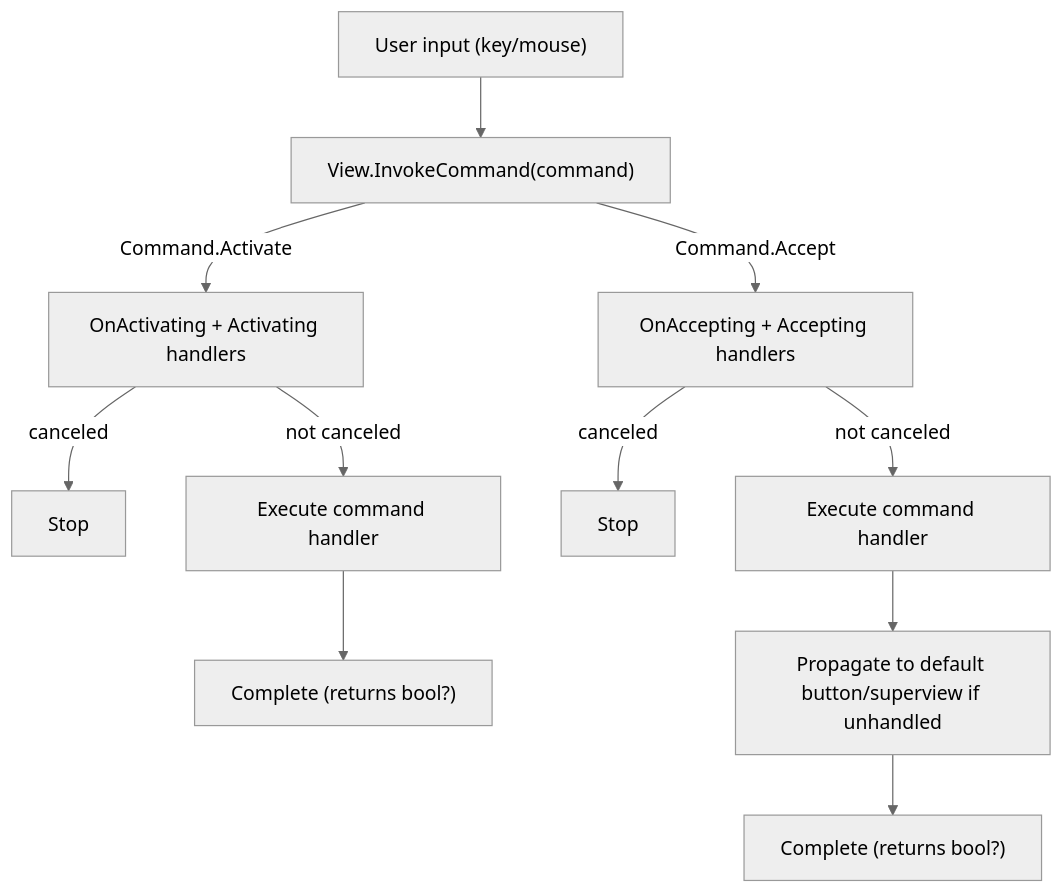
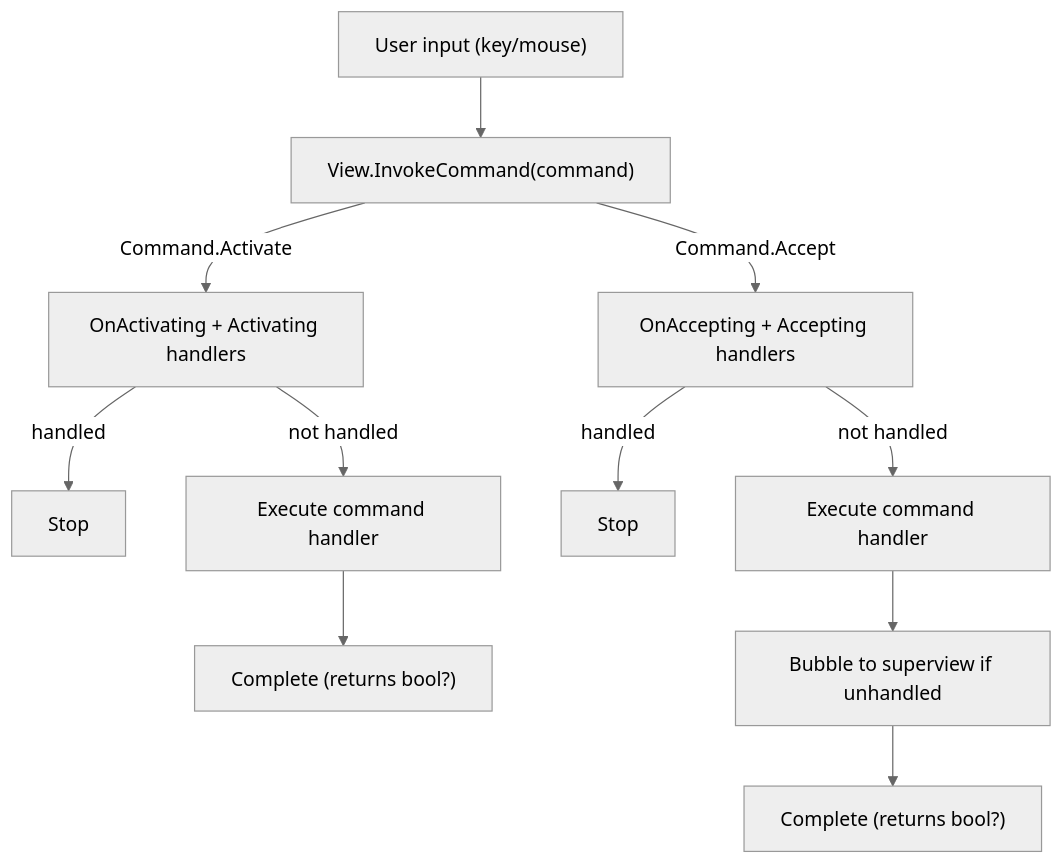
The diagram in docfx/docs/command.md (gui-cs/Terminal.Gui), drawn with Mermaid (neutral theme) before and after one commit. The commit also changed other lines of this file and 22 other files, not shown here.

````diff
--- a/docfx/docs/command.md
+++ b/docfx/docs/command.md
@@ -17,15 +17,15 @@
 ```mermaid
 flowchart TD
     input["User input (key/mouse)"] --> invoke["View.InvokeCommand(command)"]
     invoke --> |Command.Activate| act_pre["OnActivating + Activating handlers"]
     invoke --> |Command.Accept| acc_pre["OnAccepting + Accepting handlers"]
 
-    act_pre --> |canceled| act_stop["Stop"]
-    act_pre --> |not canceled| act_handler["Execute command handler"]
+    act_pre --> |handled| act_stop["Stop"]
+    act_pre --> |not handled| act_handler["Execute command handler"]
     act_handler --> act_done["Complete (returns bool?)"]
 
-    acc_pre --> |canceled| acc_stop["Stop"]
-    acc_pre --> |not canceled| acc_handler["Execute command handler"]
-    acc_handler --> acc_prop["Propagate to default button/superview if unhandled"]
-    acc_prop --> acc_done["Complete (returns bool?)"]
+    acc_pre --> |handled| acc_stop["Stop"]
+    acc_pre --> |not handled| acc_handler["Execute command handler"]
+    acc_handler --> acc_bubble["Bubble to superview if unhandled"]
+    acc_bubble --> acc_done["Complete (returns bool?)"]
 ```
````
